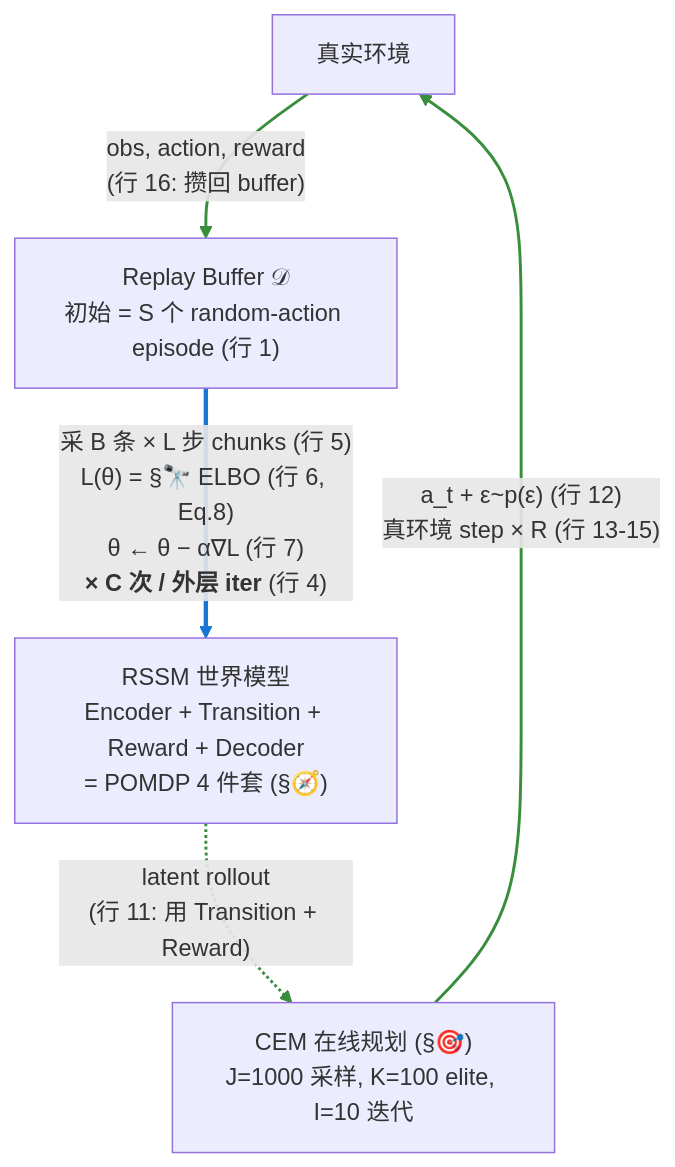
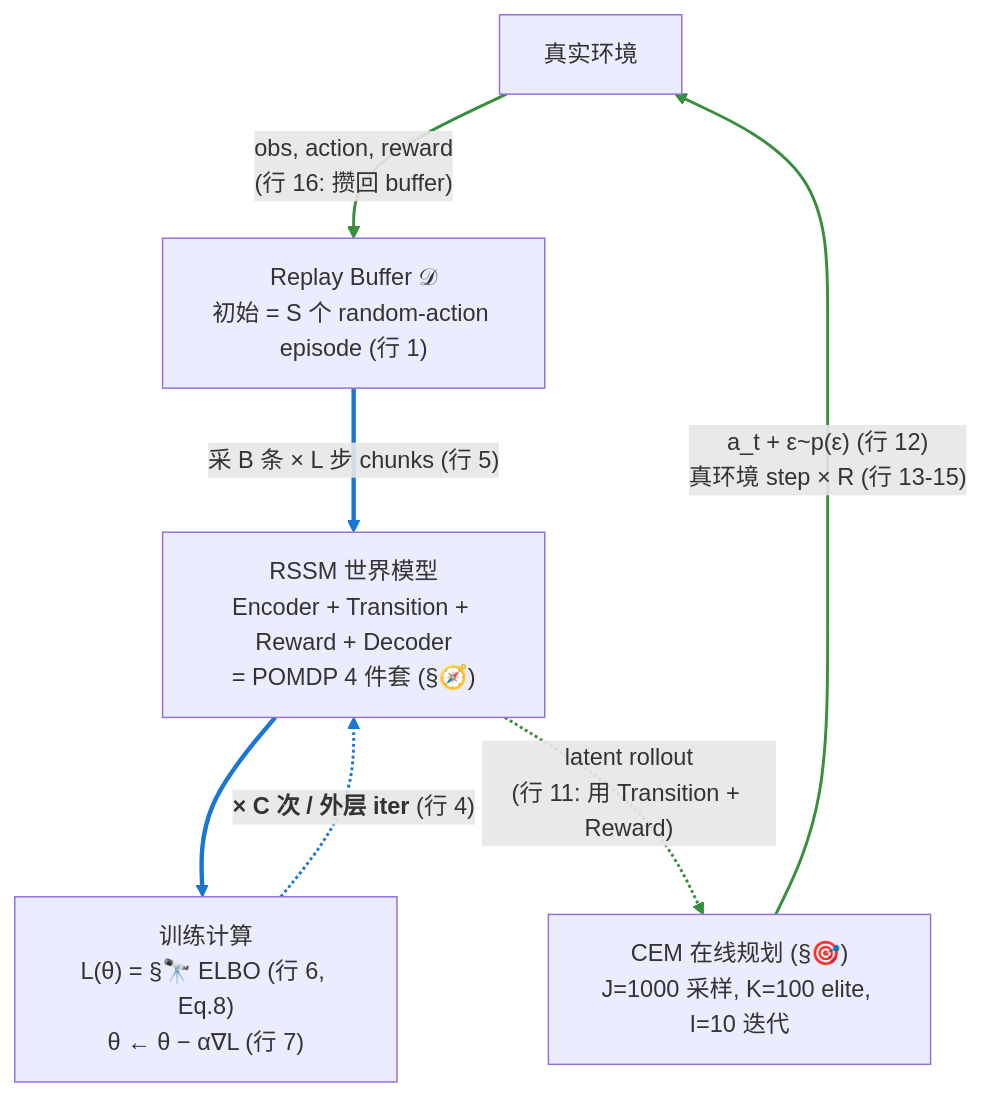
The seventh of 7 diagrams in World-Model-学习笔记.md (jinxinzhou/world-model-study), drawn with Mermaid before and after one commit. The commit also changed other lines of this file and 1 other file, not shown here.

Commit message:
docs: split training step into its own block with dashed C-iter back-edge
Restructure the bird's-eye mermaid so the Buffer -> RSSM edge only
carries 'sample B x L chunks (line 5)' and the loss / SGD computation
moves into a dedicated 'Training step' block below RSSM:

  RSSM
    | forward (no label)
    v
  Training step  (L(theta) = ELBO line 6, theta <- ... line 7)
    | dashed back-edge, 'x C times / outer iter (line 4)'
    v
  RSSM (back to model for next inner-loop iter)

This makes the inner C-iteration loop visually explicit instead of
hiding it inside an edge label, mirroring the structure of the
'for update step s = 1..C' block in Algorithm 1 on the right.

Update the color key to distinguish blue solid (forward) from blue
dashed (C-iter back-edge) and green solid (data collection) from
green dashed (latent rollout).

````diff
--- a/World-Model-学习笔记.md
+++ b/World-Model-学习笔记.md
@@ -2154,17 +2154,22 @@
 ```mermaid
 flowchart TD
     Env["真实环境"]
     Buffer["Replay Buffer 𝒟<br/>初始 = S 个 random-action episode (行 1)"]
     RSSM["RSSM 世界模型<br/>Encoder + Transition + Reward + Decoder<br/>= POMDP 4 件套 (§🧭)"]
+    Train["训练计算<br/>L(θ) = §🔭 ELBO (行 6, Eq.8)<br/>θ ← θ − α∇L (行 7)"]
     CEM["CEM 在线规划 (§🎯)<br/>J=1000 采样, K=100 elite, I=10 迭代"]
 
     Env -->|"obs, action, reward<br/>(行 16: 攒回 buffer)"| Buffer
-    Buffer -->|"采 B 条 × L 步 chunks (行 5)<br/>L(θ) = §🔭 ELBO (行 6, Eq.8)<br/>θ ← θ − α∇L (行 7)<br/><b>× C 次 / 外层 iter</b> (行 4)"| RSSM
+    Buffer -->|"采 B 条 × L 步 chunks (行 5)"| RSSM
+    RSSM --> Train
+    Train -.->|"<b>× C 次 / 外层 iter</b> (行 4)"| RSSM
     RSSM -.->|"latent rollout<br/>(行 11: 用 Transition + Reward)"| CEM
     CEM -->|"a_t + ε~p(ε) (行 12)<br/>真环境 step × R (行 13-15)"| Env
 
     linkStyle 0 stroke:#388e3c,stroke-width:2px
     linkStyle 1 stroke:#1976d2,stroke-width:3px
-    linkStyle 2 stroke:#388e3c,stroke-width:2px
-    linkStyle 3 stroke:#388e3c,stroke-width:2px
+    linkStyle 2 stroke:#1976d2,stroke-width:3px
+    linkStyle 3 stroke:#1976d2,stroke-width:2px
+    linkStyle 4 stroke:#388e3c,stroke-width:2px
+    linkStyle 5 stroke:#388e3c,stroke-width:2px
 ```
````
